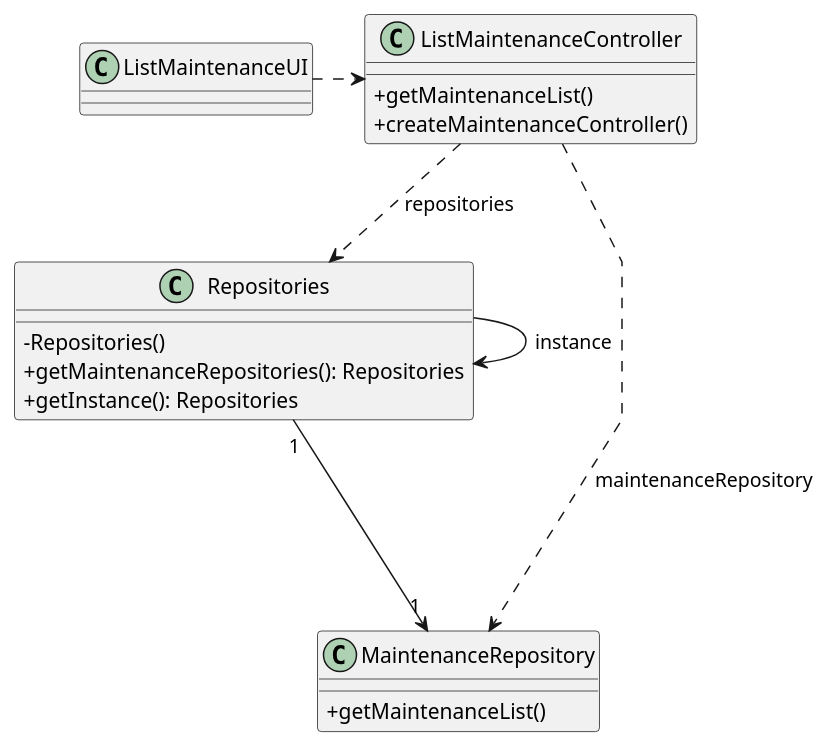
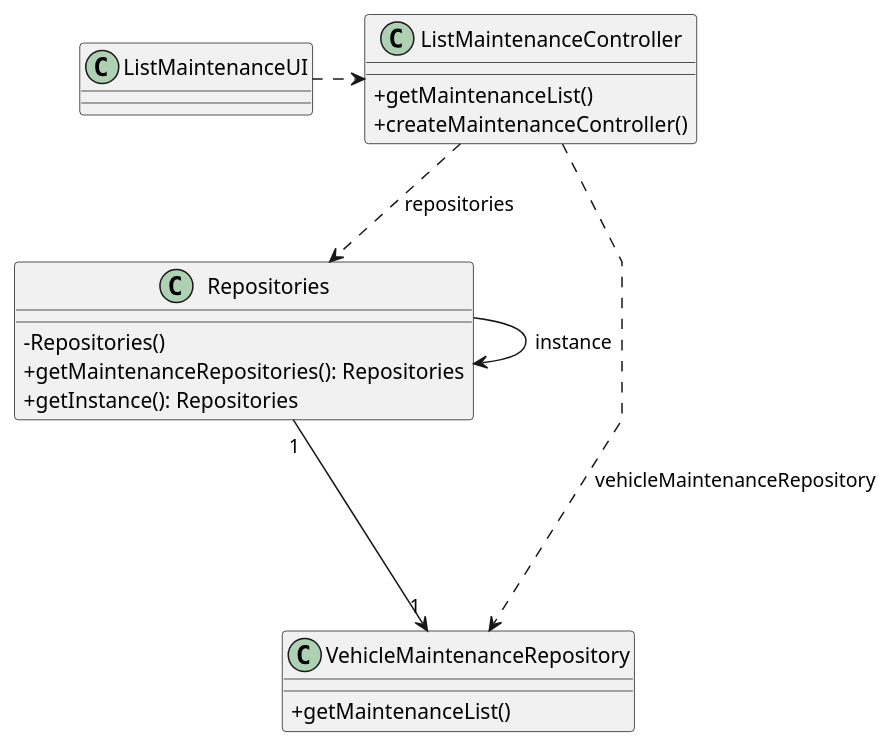
The diagram in docs/sprintB/us008/03.design/puml/us008-class-diagram.puml (diogoveirospro/lei-24-s2-1dg-g072), drawn with PlantUML before and after one commit. The commit also changed 2 other files, not shown here.

Commit message:
Made changes in the vehicle class

```diff
--- a/docs/sprintB/us008/03.design/puml/us008-class-diagram.puml
+++ b/docs/sprintB/us008/03.design/puml/us008-class-diagram.puml
@@ -1,34 +1,34 @@
 @startuml
 'skinparam monochrome true
 skinparam packageStyle rectangle
 skinparam shadowing false
 skinparam linetype polyline
 'skinparam linetype orto
 
 skinparam classAttributeIconSize 0
 
 'left to right direction
 
 class ListMaintenanceUI{
 
 }
 class ListMaintenanceController{
     + getMaintenanceList()
     + createMaintenanceController()
 }
-class MaintenanceRepository{
+class VehicleMaintenanceRepository{
     + getMaintenanceList()
 }
 
 class Repositories{
  - Repositories()
  + getMaintenanceRepositories(): Repositories
  + getInstance(): Repositories
 }
 
 ListMaintenanceUI .> ListMaintenanceController
 ListMaintenanceController ..> Repositories : repositories
 Repositories -> Repositories : instance
-ListMaintenanceController .> MaintenanceRepository: maintenanceRepository
-Repositories "1" ---> "1" MaintenanceRepository
+ListMaintenanceController .> VehicleMaintenanceRepository: vehicleMaintenanceRepository
+Repositories "1" ---> "1" VehicleMaintenanceRepository
 @enduml
```
